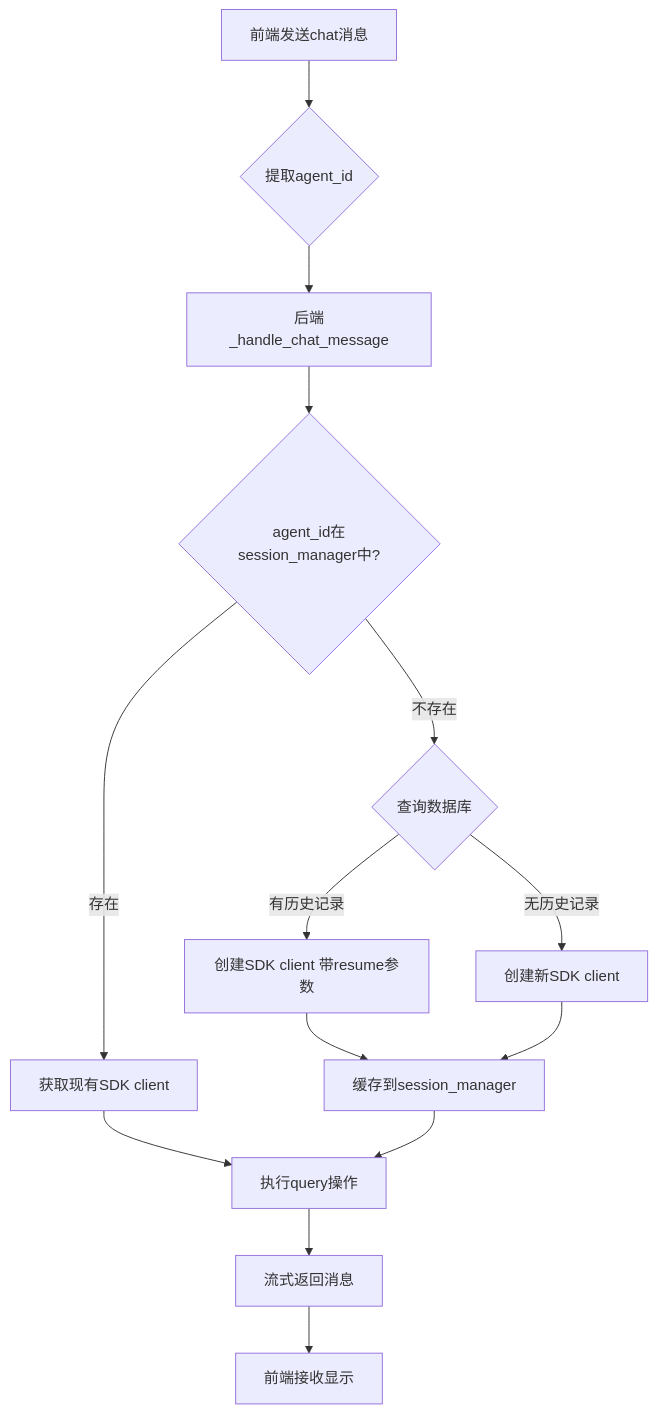
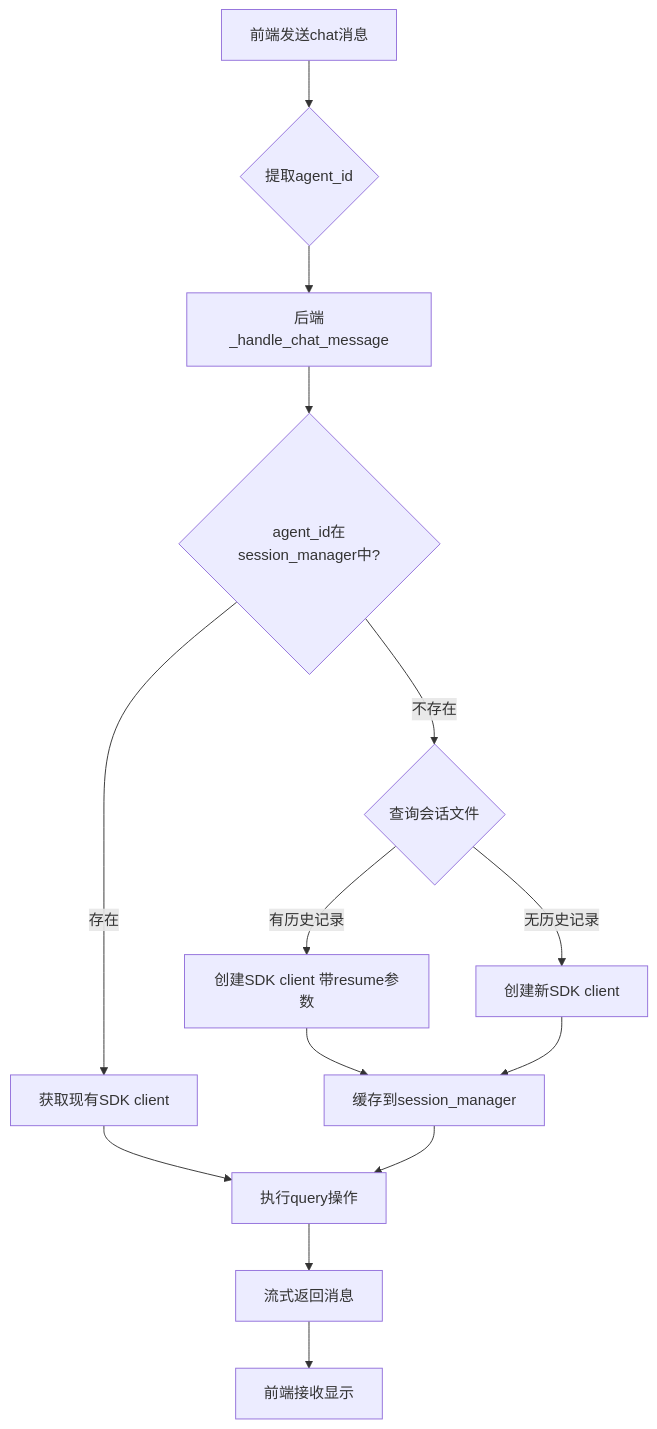
One commit to leemysw/agent-kit changed the first of 4 diagrams in docs/websocket-session-flow.md. Above: the diagram before and after it, drawn with Mermaid. The commit also changed other lines of this file and 21 other files, not shown here.

````diff
--- a/docs/websocket-session-flow.md
+++ b/docs/websocket-session-flow.md
@@ -16,20 +16,20 @@
 ```mermaid
 flowchart TD
     A[前端发送chat消息] --> B{提取agent_id}
     B --> C[后端_handle_chat_message]
     C --> D{agent_id在session_manager中?}
     
     D -->|存在| E[获取现有SDK client]
-    D -->|不存在| F{查询数据库}
+    D -->|不存在| F{查询会话文件}
     
     F -->|有历史记录| G[创建SDK client 带resume参数]
     F -->|无历史记录| H[创建新SDK client]
     
     G --> I[缓存到session_manager]
     H --> I
     E --> J[执行query操作]
     I --> J
     
     J --> K[流式返回消息]
     K --> L[前端接收显示]
 ```
````
